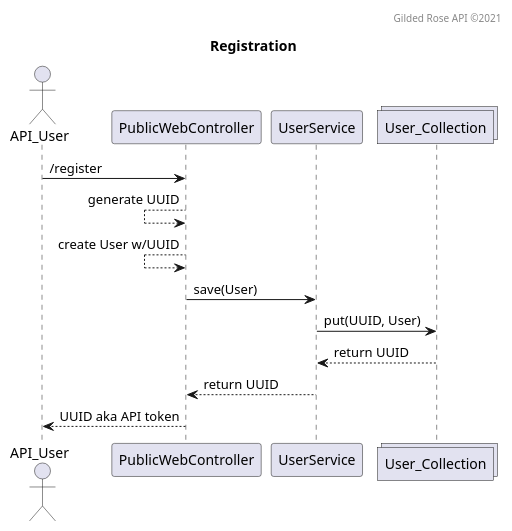
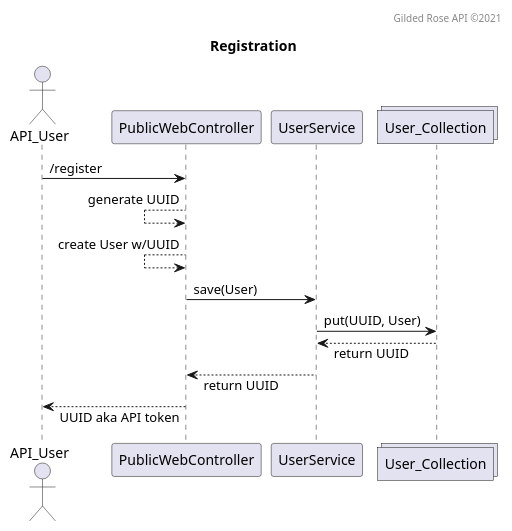
One commit to bladewheels/GildedRoseAPI changed the diagram in src/main/resources/seq.register.puml. Above: the diagram before and after it, drawn with PlantUML.

```diff
--- a/src/main/resources/seq.register.puml
+++ b/src/main/resources/seq.register.puml
@@ -1,18 +1,19 @@
 @startuml
 title Registration
 header Gilded Rose API ©2021
+skinparam responseMessageBelowArrow true
 
 actor API_User
 participant PublicWebController
 participant UserService
 collections User_Collection
 
 API_User -> PublicWebController : /register
 PublicWebController <-- PublicWebController : generate UUID
 PublicWebController <-- PublicWebController : create User w/UUID
 PublicWebController -> UserService : save(User)
 UserService -> User_Collection : put(UUID, User)
 UserService <-- User_Collection : return UUID
 PublicWebController <-- UserService : return UUID
 API_User <-- PublicWebController : UUID aka API token
 @enduml
```
